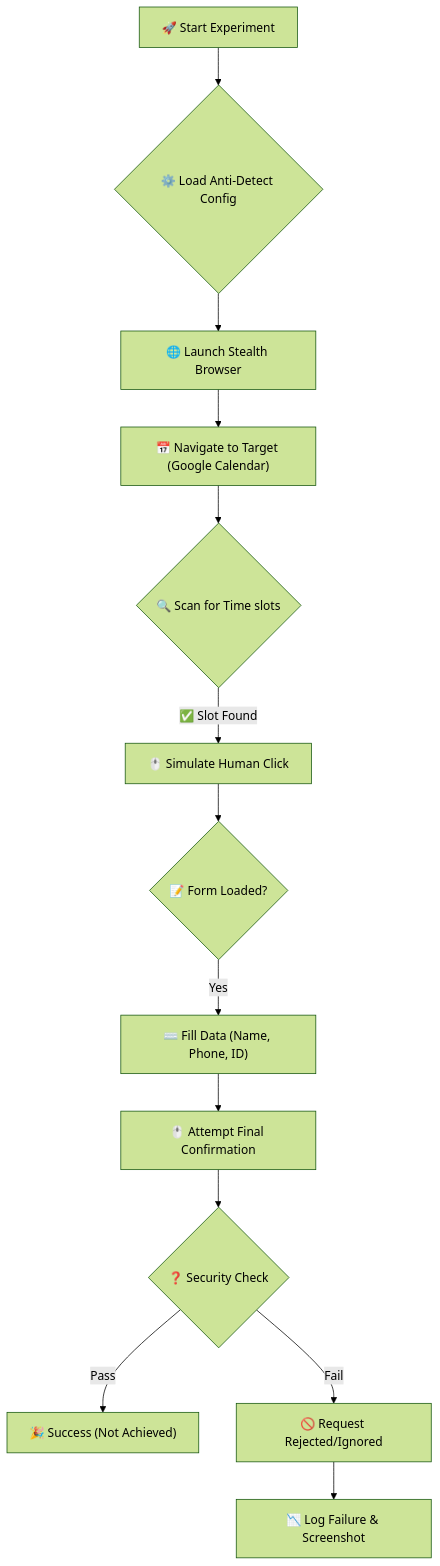
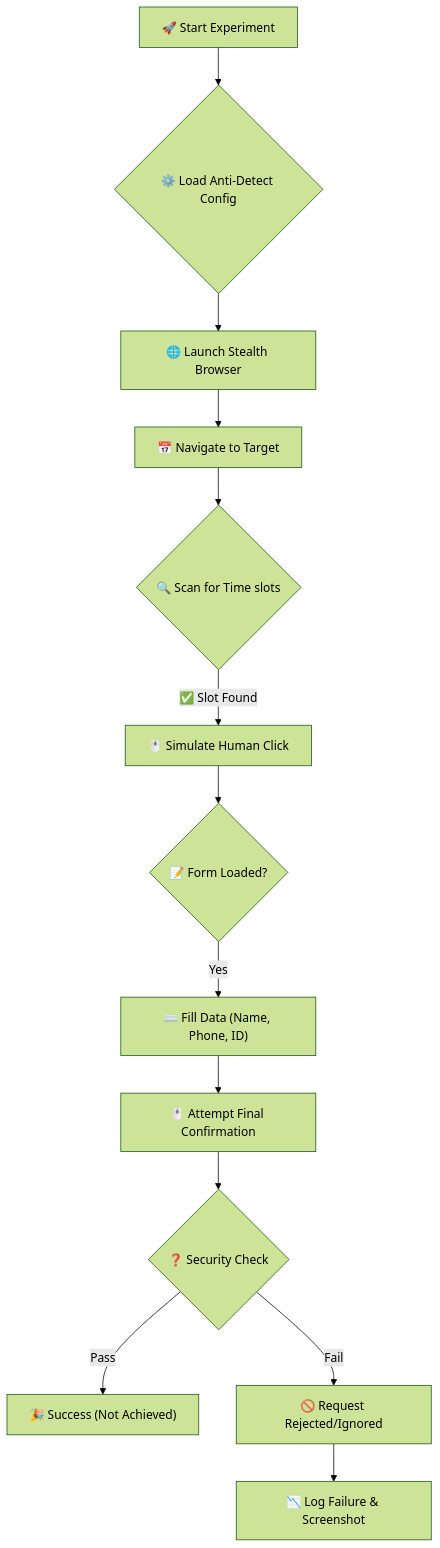
One commit to Kritchanaxt/bot-auto-room changed the diagram in README.md. Above: the diagram before and after it, drawn with Mermaid (forest theme). The commit also changed other lines of this file, not shown here.

````diff
--- a/README.md
+++ b/README.md
@@ -88,19 +100,19 @@
 ```mermaid
 graph TD
     A["🚀 Start Experiment"] --> B{"⚙️ Load Anti-Detect Config"}
     B --> C["🌐 Launch Stealth Browser"]
-    C --> D["📅 Navigate to Target (Google Calendar)"]
+    C --> D["📅 Navigate to Target"]
     D --> E{"🔍 Scan for Time slots"}
     
     E -- "✅ Slot Found" --> F["🖱️ Simulate Human Click"]
     F --> G{"📝 Form Loaded?"}
     
     G -- "Yes" --> H["⌨️ Fill Data (Name, Phone, ID)"]
     H --> I["🖱️ Attempt Final Confirmation"]
     
     I --> J{❓ Security Check}
     J -- "Pass" --> K["🎉 Success (Not Achieved)"]
     J -- "Fail" --> L["🚫 Request Rejected/Ignored"]
     
     L --> M["📉 Log Failure & Screenshot"]
 ```
````
